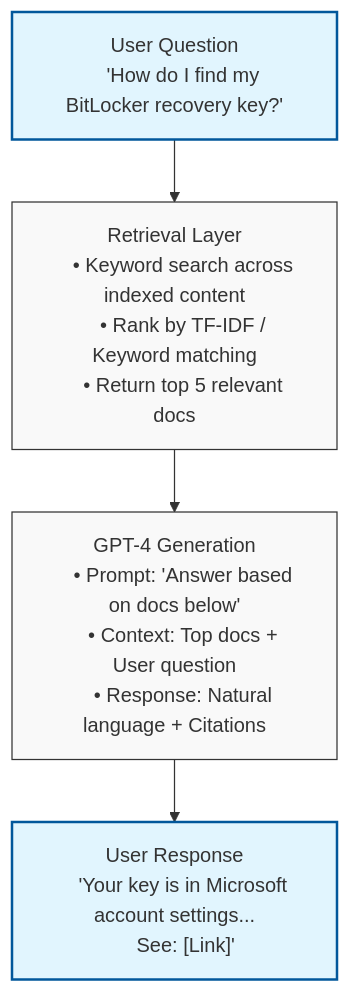
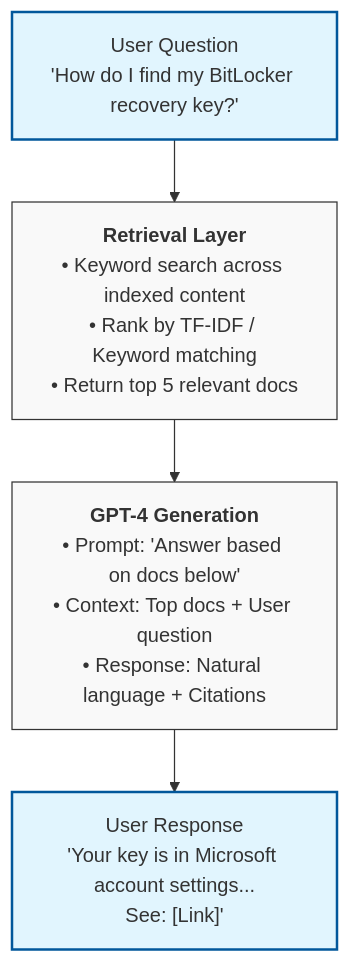
Before and after one commit to tommygarner/tommygarner.github.io: the diagram in _posts/2025-04-17-microsoft-chatbot.md, drawn with Mermaid.

Commit message:
Refactor mermaid diagram for better readability
Updated the mermaid diagram to improve formatting and clarity.

````diff
--- a/_posts/2025-04-17-microsoft-chatbot.md
+++ b/_posts/2025-04-17-microsoft-chatbot.md
@@ -158,29 +158,23 @@
 ```mermaid
 graph TD
-    %% Define Node Styles
+    %% Use 'direction' to ensure a cleaner vertical flow
+    direction TB
+    
+    %% Define Node Styles with more padding
     classDef default fill:#f9f9f9,stroke:#333,stroke-width:1px;
     classDef highlight fill:#e1f5fe,stroke:#01579b,stroke-width:2px;
 
-    %% Nodes using standard strings to avoid syntax errors
-    A["User Question
-    'How do I find my BitLocker recovery key?'"]:::highlight
+    %% Nodes
+    A["User Question<br/>'How do I find my BitLocker recovery key?'"]:::highlight
     
-    B["Retrieval Layer
-    • Keyword search across indexed content
-    • Rank by TF-IDF / Keyword matching
-    • Return top 5 relevant docs"]
+    B["<b>Retrieval Layer</b><br/>• Keyword search across indexed content<br/>• Rank by TF-IDF / Keyword matching<br/>• Return top 5 relevant docs"]
     
-    C["GPT-4 Generation
-    • Prompt: 'Answer based on docs below'
-    • Context: Top docs + User question
-    • Response: Natural language + Citations"]
+    C["<b>GPT-4 Generation</b><br/>• Prompt: 'Answer based on docs below'<br/>• Context: Top docs + User question<br/>• Response: Natural language + Citations"]
     
-    D["User Response
-    'Your key is in Microsoft account settings...
-    See: [Link]'"]:::highlight
+    D["User Response<br/>'Your key is in Microsoft account settings...<br/>See: [Link]'"]:::highlight
 
     %% Connections
     A --> B
     B --> C
     C --> D
 ```
````
